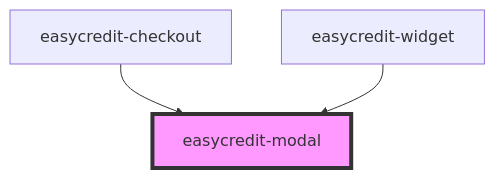
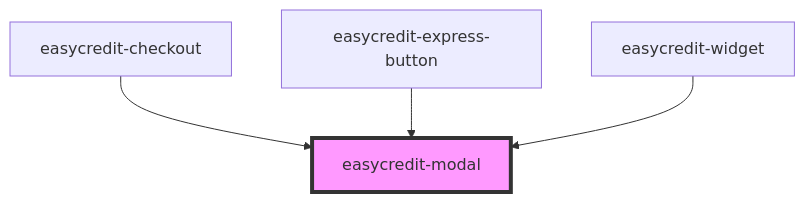
Before and after one commit to teambank/easycredit-webcomponents: the diagram in src/components/easycredit-modal/readme.md, drawn with Mermaid. The commit also changed other lines of this file and 2 other files, not shown here.

````diff
--- a/src/components/easycredit-modal/readme.md
+++ b/src/components/easycredit-modal/readme.md
@@ -59,6 +68,7 @@
 ```mermaid
 graph TD;
   easycredit-checkout --> easycredit-modal
+  easycredit-express-button --> easycredit-modal
   easycredit-widget --> easycredit-modal
   style easycredit-modal fill:#f9f,stroke:#333,stroke-width:4px
 ```
````
